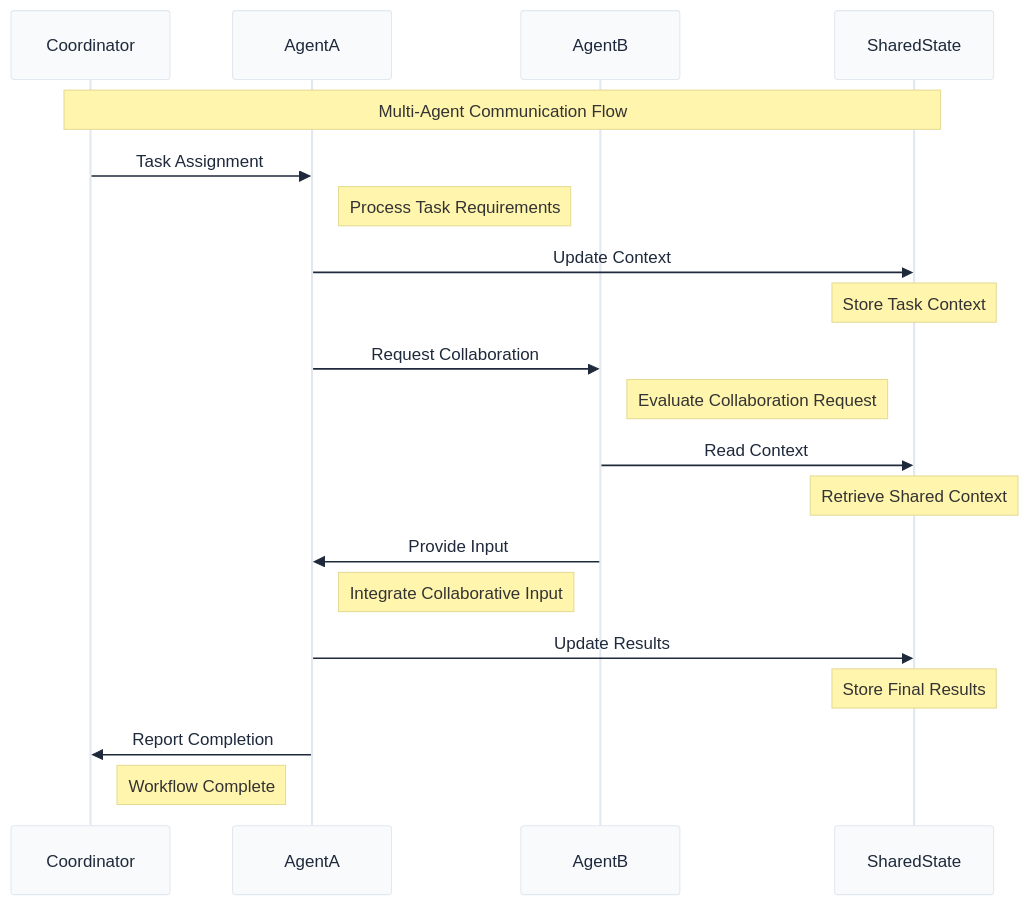
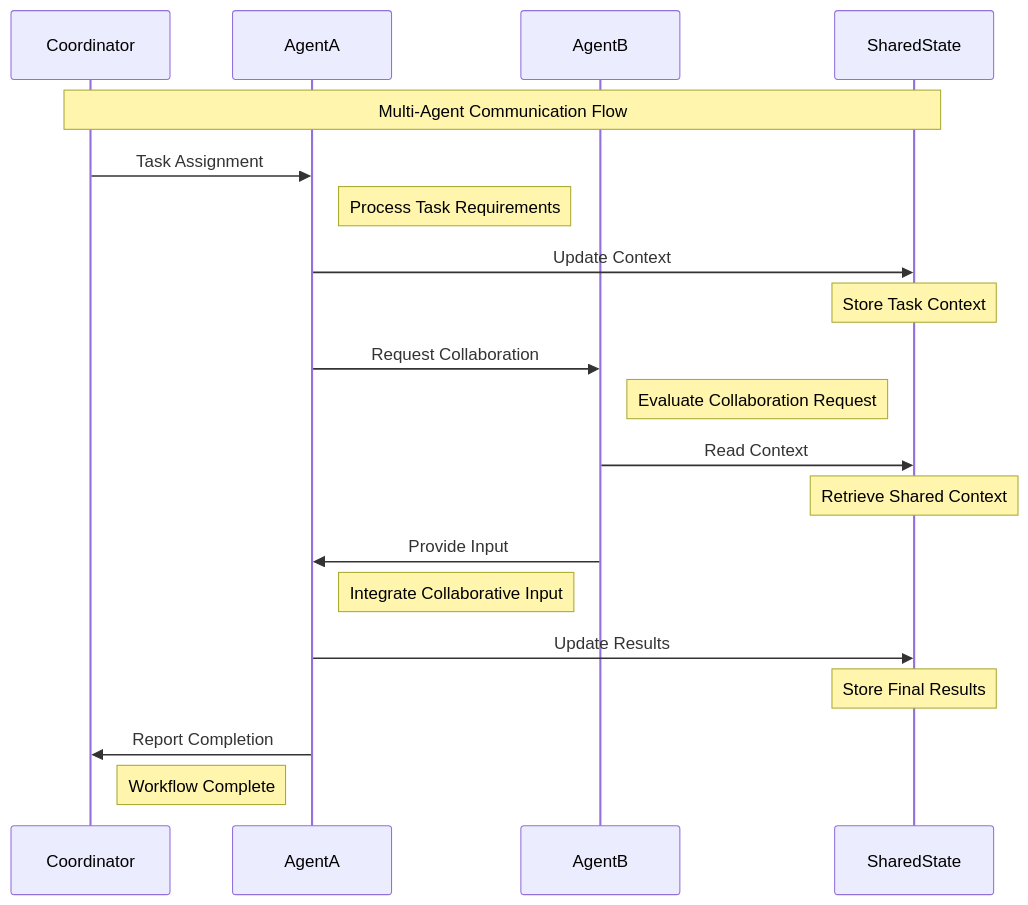
Before and after one commit to jupyter-naas/docs: the second of 2 diagrams in site/docs/scale/architecture/multi-agent-systems.md, drawn with Mermaid. The commit also changed 7 other files, not shown here.

````diff
--- a/site/docs/scale/architecture/multi-agent-systems.md
+++ b/site/docs/scale/architecture/multi-agent-systems.md
@@ -201,31 +201,30 @@
 ```mermaid
-%%{init: {'theme':'base', 'themeVariables': {'primaryColor': '#f8fafc', 'primaryTextColor': '#1e293b', 'primaryBorderColor': '#e2e8f0', 'lineColor': '#64748b'}}}%%
 sequenceDiagram
     participant Coordinator
     participant AgentA
     participant AgentB
     participant SharedState
     
     Note over Coordinator,SharedState: Multi-Agent Communication Flow
     
     Coordinator->>AgentA: Task Assignment
     Note right of AgentA: Process Task Requirements
     
     AgentA->>SharedState: Update Context
     Note over SharedState: Store Task Context
     
     AgentA->>AgentB: Request Collaboration
     Note right of AgentB: Evaluate Collaboration Request
     
     AgentB->>SharedState: Read Context
     Note over SharedState: Retrieve Shared Context
     
     AgentB->>AgentA: Provide Input
     Note right of AgentA: Integrate Collaborative Input
     
     AgentA->>SharedState: Update Results
     Note over SharedState: Store Final Results
     
     AgentA->>Coordinator: Report Completion
     Note right of Coordinator: Workflow Complete
 ```
````
